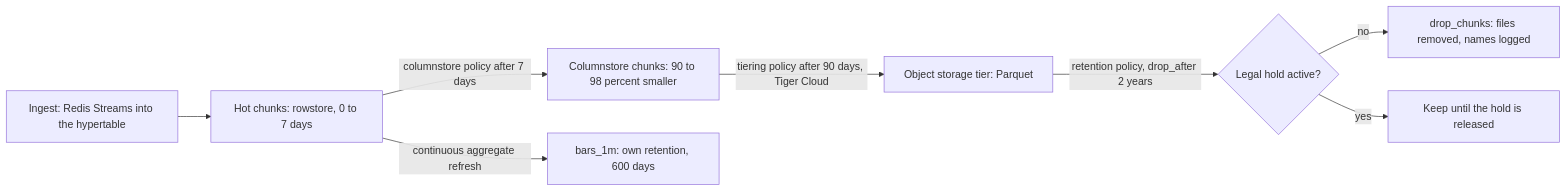
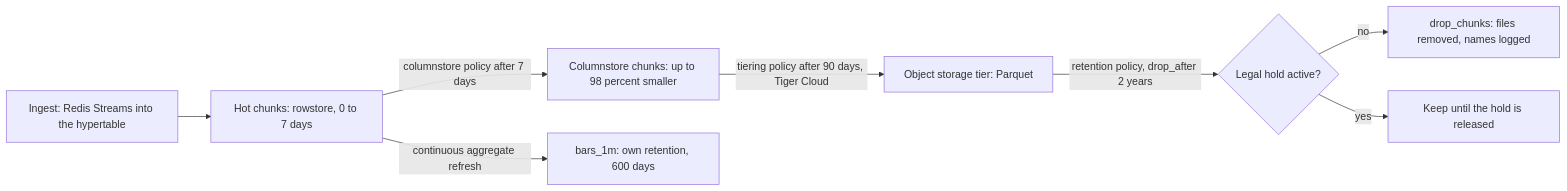
Before and after one commit to nitinpawar28/learning-with-differences: the diagram in docs/_terms/data-retention-policy.md, drawn with Mermaid. The commit also changed other lines of this file and 55 other files, not shown here.

````diff
--- a/docs/_terms/data-retention-policy.md
+++ b/docs/_terms/data-retention-policy.md
@@ -39,10 +39,10 @@
 ```mermaid
 flowchart LR
     I["Ingest: Redis Streams into the hypertable"] --> H["Hot chunks: rowstore, 0 to 7 days"]
-    H -->|"columnstore policy after 7 days"| C["Columnstore chunks: 90 to 98 percent smaller"]
+    H -->|"columnstore policy after 7 days"| C["Columnstore chunks: up to 98 percent smaller"]
     C -->|"tiering policy after 90 days, Tiger Cloud"| T["Object storage tier: Parquet"]
     T -->|"retention policy, drop_after 2 years"| G{"Legal hold active?"}
     G -->|"no"| D["drop_chunks: files removed, names logged"]
     G -->|"yes"| K["Keep until the hold is released"]
     H -->|"continuous aggregate refresh"| A["bars_1m: own retention, 600 days"]
 ```
````
